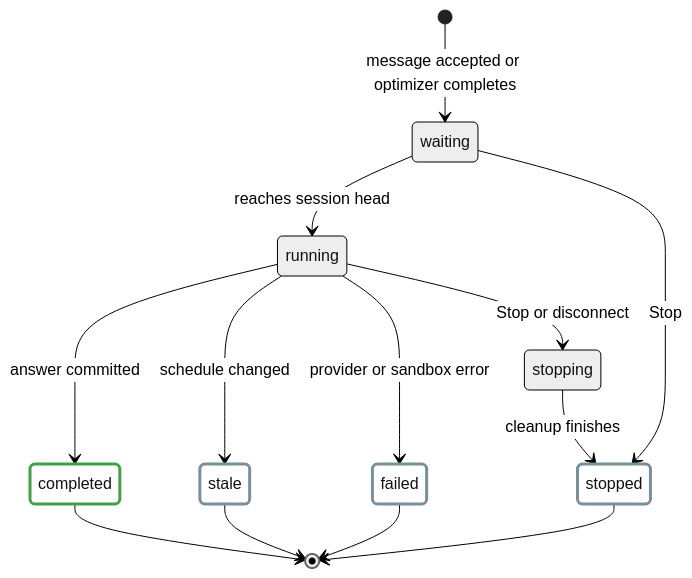
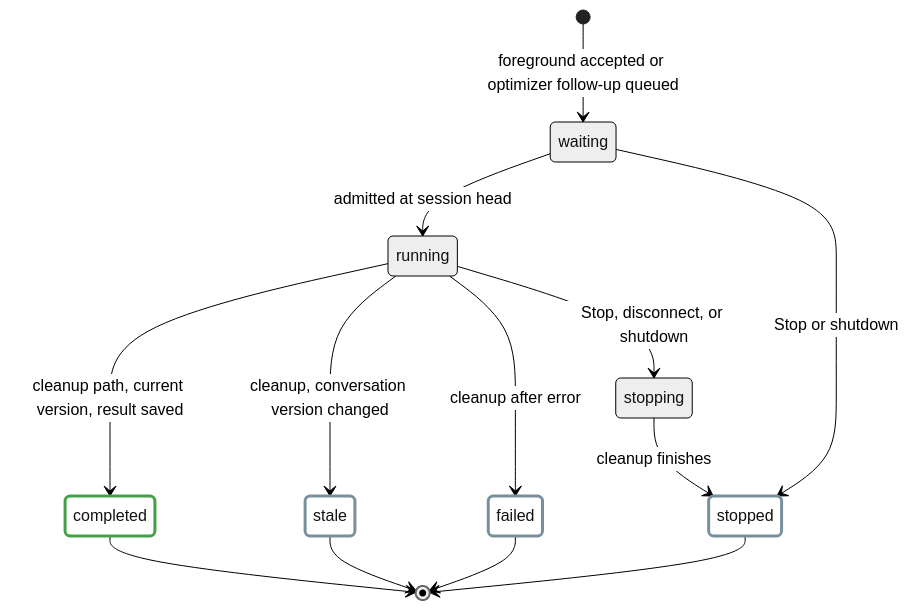
Before and after one commit to j3soon/nurse-scheduling: the first of 7 diagrams in docs/content/developer-guide/ai-assistant.md, drawn with Mermaid (neutral theme). The commit also changed other lines of this file, not shown here.

First line of the commit message:
docs: overhaul AI assistant guide diagrams

````diff
--- a/docs/content/developer-guide/ai-assistant.md
+++ b/docs/content/developer-guide/ai-assistant.md
@@ -54,20 +32,20 @@
 ```mermaid
 stateDiagram-v2
-    [*] --> waiting: message accepted or optimizer completes
-    waiting --> running: reaches session head
-    waiting --> stopped: Stop
-    running --> completed: answer committed
-    running --> stale: schedule changed
-    running --> failed: provider or sandbox error
-    running --> stopping: Stop or disconnect
+    [*] --> waiting: foreground accepted or optimizer follow-up queued
+    waiting --> running: admitted at session head
+    waiting --> stopped: Stop or shutdown
+    running --> completed: cleanup path, current version, result saved
+    running --> stale: cleanup, conversation version changed
+    running --> failed: cleanup after error
+    running --> stopping: Stop, disconnect, or shutdown
     stopping --> stopped: cleanup finishes
     completed --> [*]
     stale --> [*]
     failed --> [*]
     stopped --> [*]
 
     classDef completedState fill:transparent,stroke:#43a047,stroke-width:3px
     classDef otherState fill:transparent,stroke:#78909c,stroke-width:3px
     class completed completedState
     class stale,failed,stopped otherState
 ```
````
